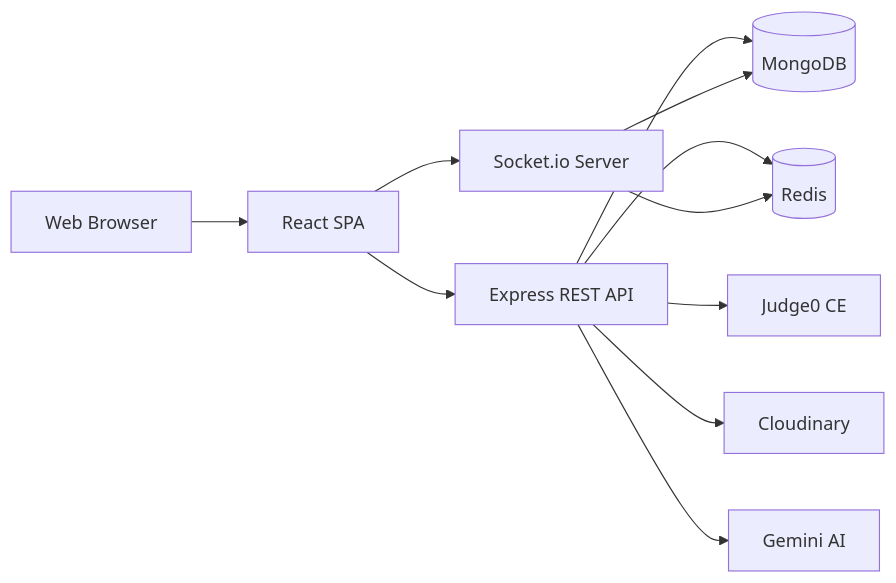
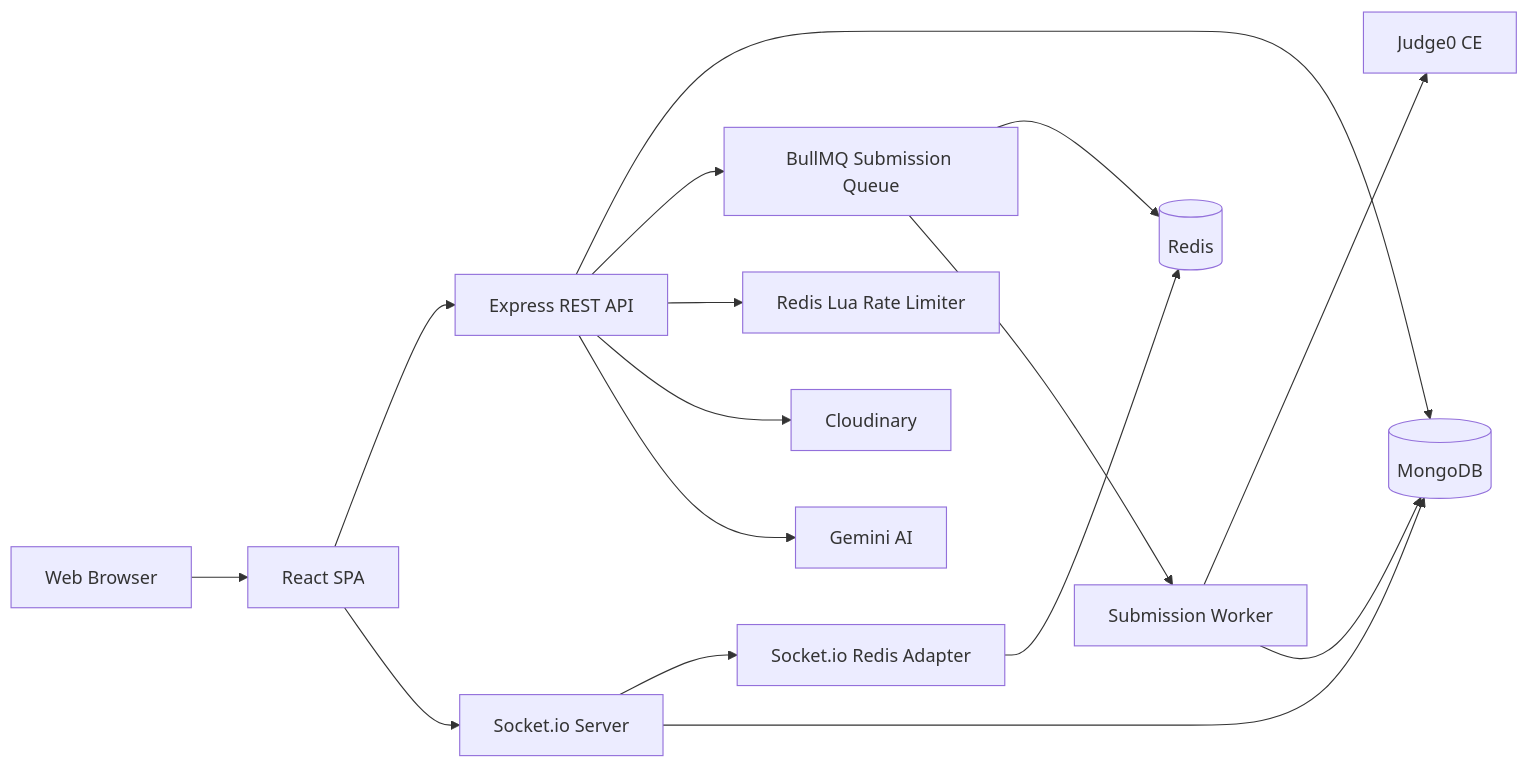
Before and after one commit to manishs72660-collab/codermaster-project: the diagram in readme.md, drawn with Mermaid. The commit also changed other lines of this file, not shown here.

````diff
--- a/readme.md
+++ b/readme.md
@@ -64,15 +66,20 @@
 ```mermaid
 graph LR
     Client[Web Browser] --> Frontend[React SPA]
     Frontend --> API[Express REST API]
     Frontend --> WS[Socket.io Server]
 
     API --> MongoDB[(MongoDB)]
-    API --> Redis[(Redis)]
-    API --> Judge0[Judge0 CE]
+    API --> Queue[BullMQ Submission Queue]
+    Queue --> Redis[(Redis)]
+    Queue --> Worker[Submission Worker]
+    Worker --> Judge0[Judge0 CE]
+    Worker --> MongoDB
+    API --> RateLimit[Redis Lua Rate Limiter]
     API --> Cloudinary[Cloudinary]
     API --> Gemini[Gemini AI]
 
-    WS --> Redis
+    WS --> Adapter[Socket.io Redis Adapter]
+    Adapter --> Redis
     WS --> MongoDB
 ```
````
